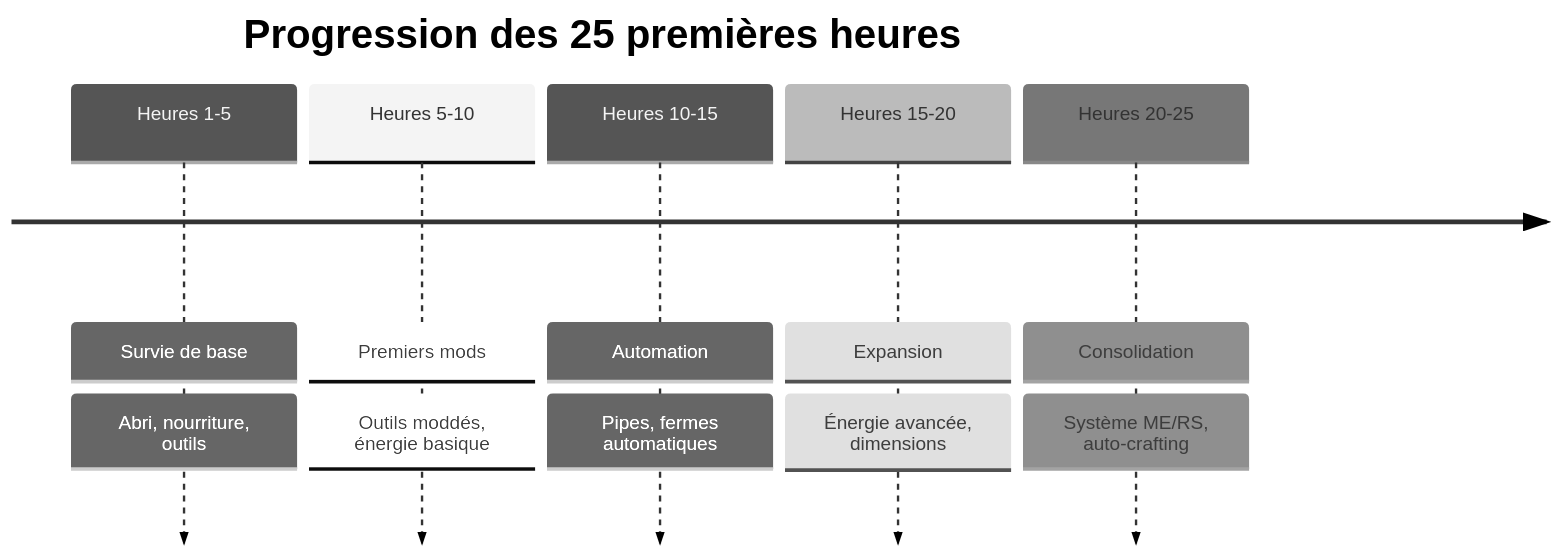
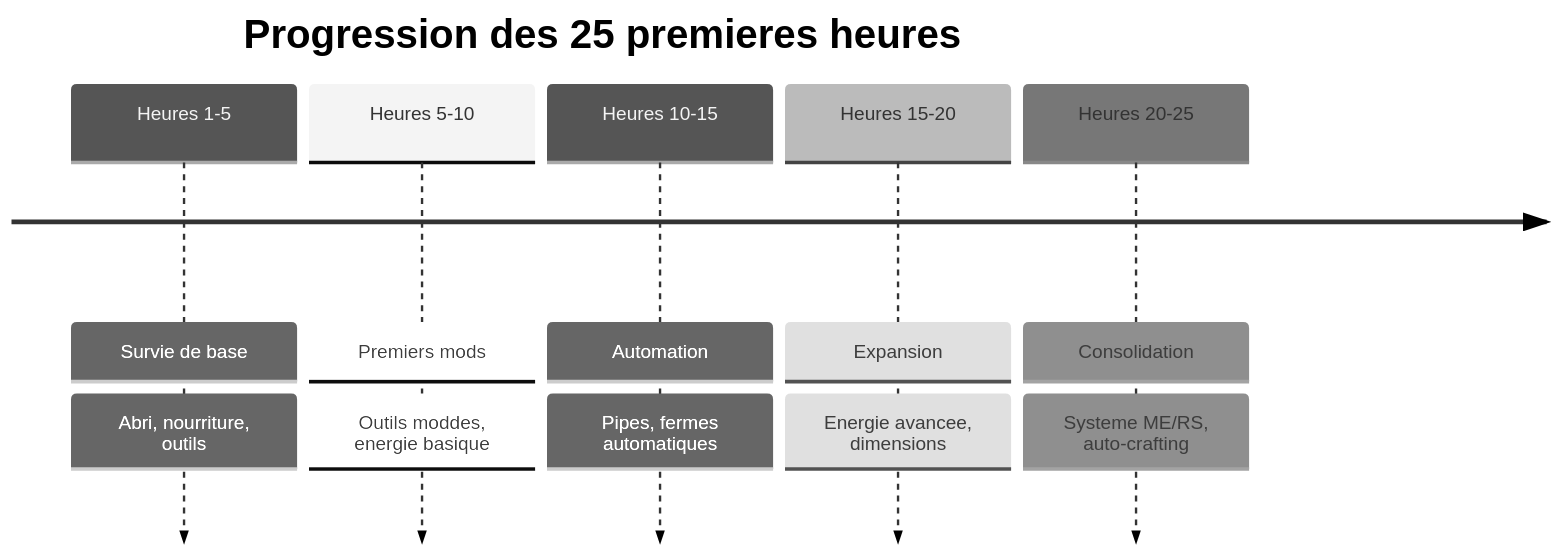
Before and after one commit to programgames/wiki-minecraft-modde: the diagram in docs/astuces/getting-started.md, drawn with Mermaid (neutral theme). The commit also changed other lines of this file and 6 other files, not shown here.

````diff
--- a/docs/astuces/getting-started.md
+++ b/docs/astuces/getting-started.md
@@ -11,9 +11,9 @@
 ```mermaid
 timeline
-    title Progression des 25 premières heures
+    title Progression des 25 premieres heures
     Heures 1-5 : Survie de base : Abri, nourriture, outils
-    Heures 5-10 : Premiers mods : Outils moddés, énergie basique
+    Heures 5-10 : Premiers mods : Outils moddes, energie basique
     Heures 10-15 : Automation : Pipes, fermes automatiques
-    Heures 15-20 : Expansion : Énergie avancée, dimensions
-    Heures 20-25 : Consolidation : Système ME/RS, auto-crafting
+    Heures 15-20 : Expansion : Energie avancee, dimensions
+    Heures 20-25 : Consolidation : Systeme ME/RS, auto-crafting
 ```
````
